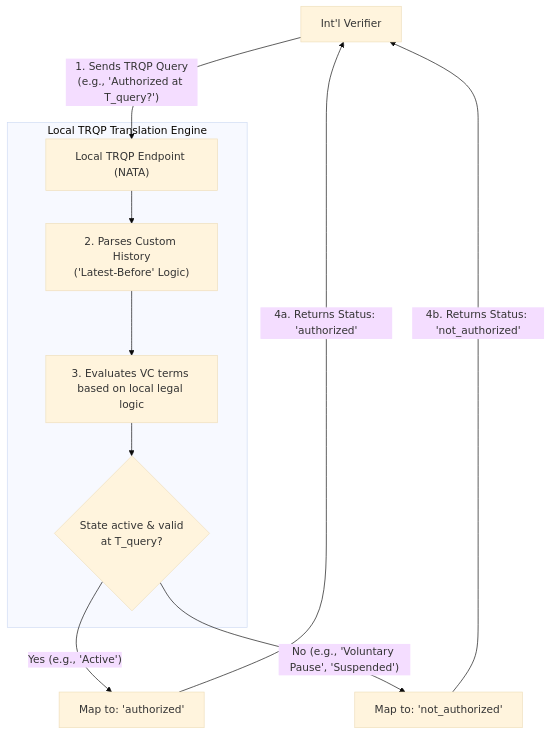
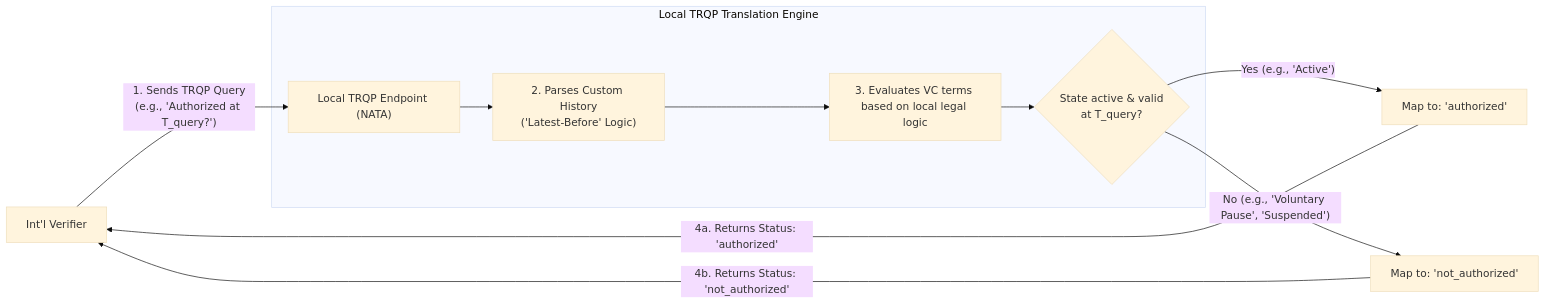
One commit to sezoo-digital/Verifiable-Credential-Papers changed the third of 3 diagrams in lifeCycle.md. Above: the diagram before and after it, drawn with Mermaid (base theme).

Commit message:
Made diagram go left to right

````diff
--- a/lifeCycle.md
+++ b/lifeCycle.md
@@ -246,16 +246,16 @@
 ```mermaid
-flowchart TD
+flowchart LR
     A["Int'l Verifier"] -->|"1. Sends TRQP Query<br/>(e.g., 'Authorized at T_query?')"| B["Local TRQP Endpoint (NATA)"]
     
     subgraph Translation ["Local TRQP Translation Engine"]
         B --> C["2. Parses Custom History<br/>('Latest-Before' Logic)"]
         C --> D["3. Evaluates VC terms based on local legal logic"]
         D --> E{"State active & valid<br/>at T_query?"}
     end
     
     E -->|"Yes (e.g., 'Active')"| F["Map to: 'authorized'"]
     E -->|"No (e.g., 'Voluntary Pause', 'Suspended')"| G["Map to: 'not_authorized'"]
 
     F -->|"4a. Returns Status: 'authorized'"| A
     G -->|"4b. Returns Status: 'not_authorized'"| A
 ```
````
